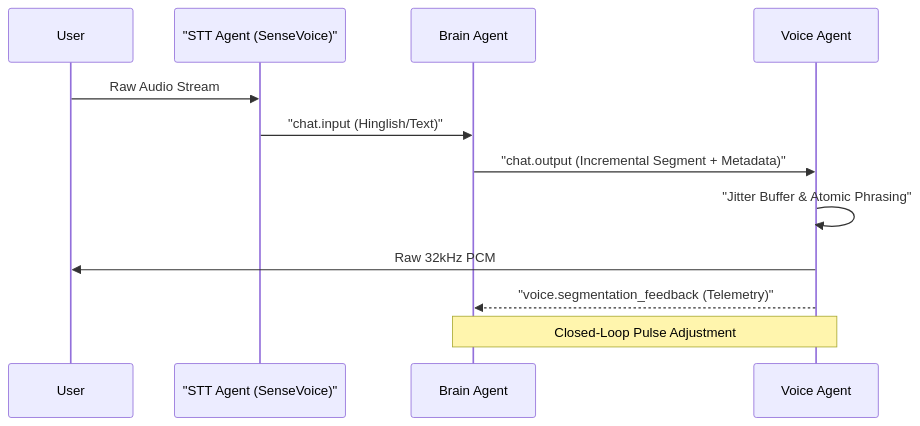
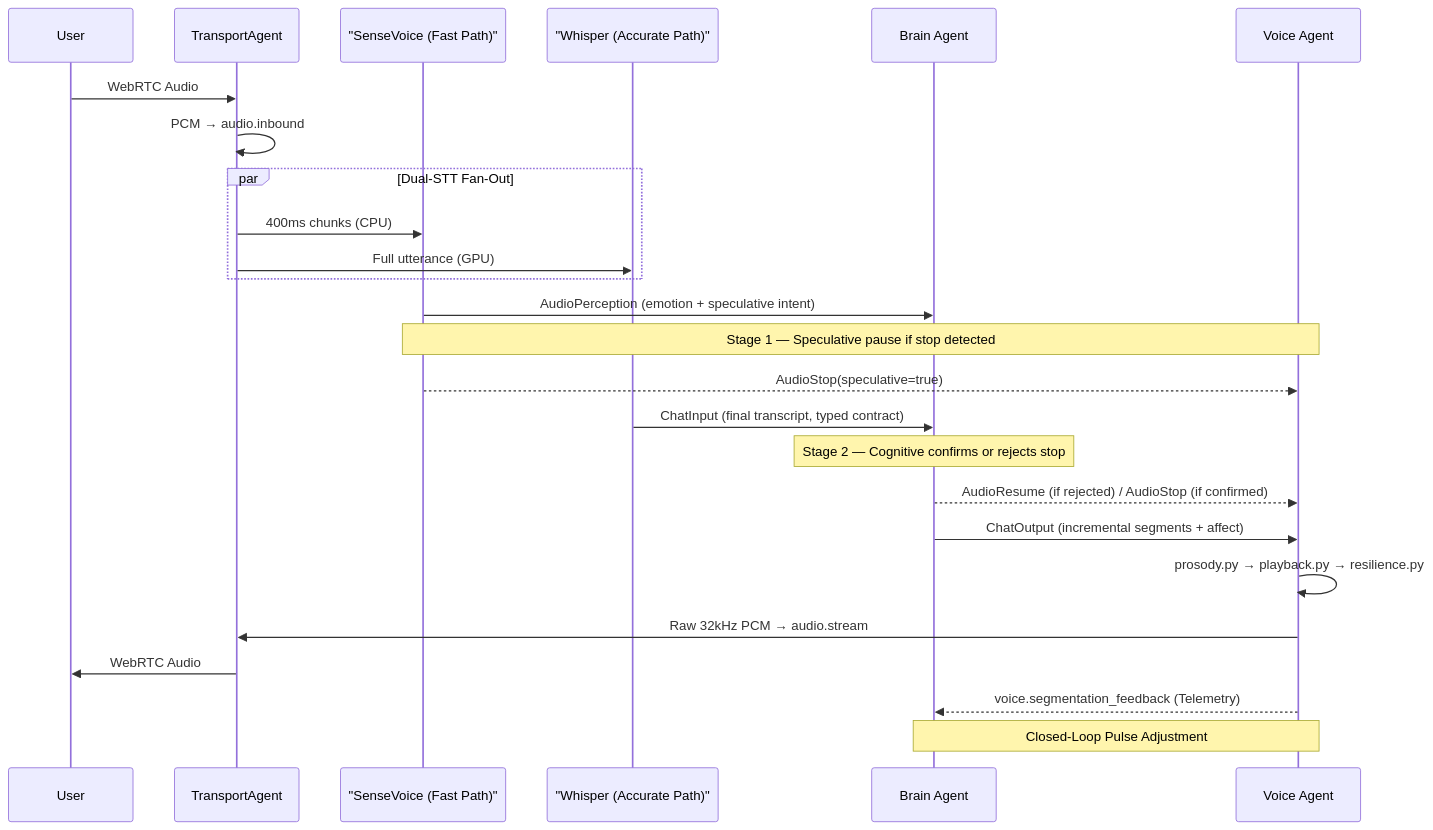
One commit to Aniket-a14/AI_friend changed the second of 2 diagrams in README.md. Above: the diagram before and after it, drawn with Mermaid. The commit also changed other lines of this file and 27 other files, not shown here.

Commit message:
chore: CVS-1.0 AI Mesh contracts, SenseVoice API fix, and observability hardening

````diff
--- a/README.md
+++ b/README.md
@@ -76,15 +107,32 @@
 ```mermaid
 sequenceDiagram
     participant U as User
-    participant S as "STT Agent (SenseVoice)"
+    participant T as TransportAgent
+    participant SV as "SenseVoice (Fast Path)"
+    participant W as "Whisper (Accurate Path)"
     participant B as Brain Agent
     participant V as Voice Agent
-    
-    U->>S: Raw Audio Stream
-    S->>B: "chat.input (Hinglish/Text)"
-    B->>V: "chat.output (Incremental Segment + Metadata)"
-    V->>V: "Jitter Buffer & Atomic Phrasing"
-    V->>U: Raw 32kHz PCM
-    V-->>B: "voice.segmentation_feedback (Telemetry)"
+
+    U->>T: WebRTC Audio
+    T->>T: PCM → audio.inbound
+
+    par Dual-STT Fan-Out
+        T->>SV: 400ms chunks (CPU)
+        T->>W: Full utterance (GPU)
+    end
+
+    SV->>B: AudioPerception (emotion + speculative intent)
+    Note over SV,V: Stage 1 — Speculative pause if stop detected
+    SV-->>V: AudioStop(speculative=true)
+
+    W->>B: ChatInput (final transcript, typed contract)
+    Note over B: Stage 2 — Cognitive confirms or rejects stop
+    B-->>V: AudioResume (if rejected) / AudioStop (if confirmed)
+
+    B->>V: ChatOutput (incremental segments + affect)
+    V->>V: prosody.py → playback.py → resilience.py
+    V->>T: Raw 32kHz PCM → audio.stream
+    T->>U: WebRTC Audio
+    V-->>B: voice.segmentation_feedback (Telemetry)
     Note over B,V: Closed-Loop Pulse Adjustment
 ```
````
